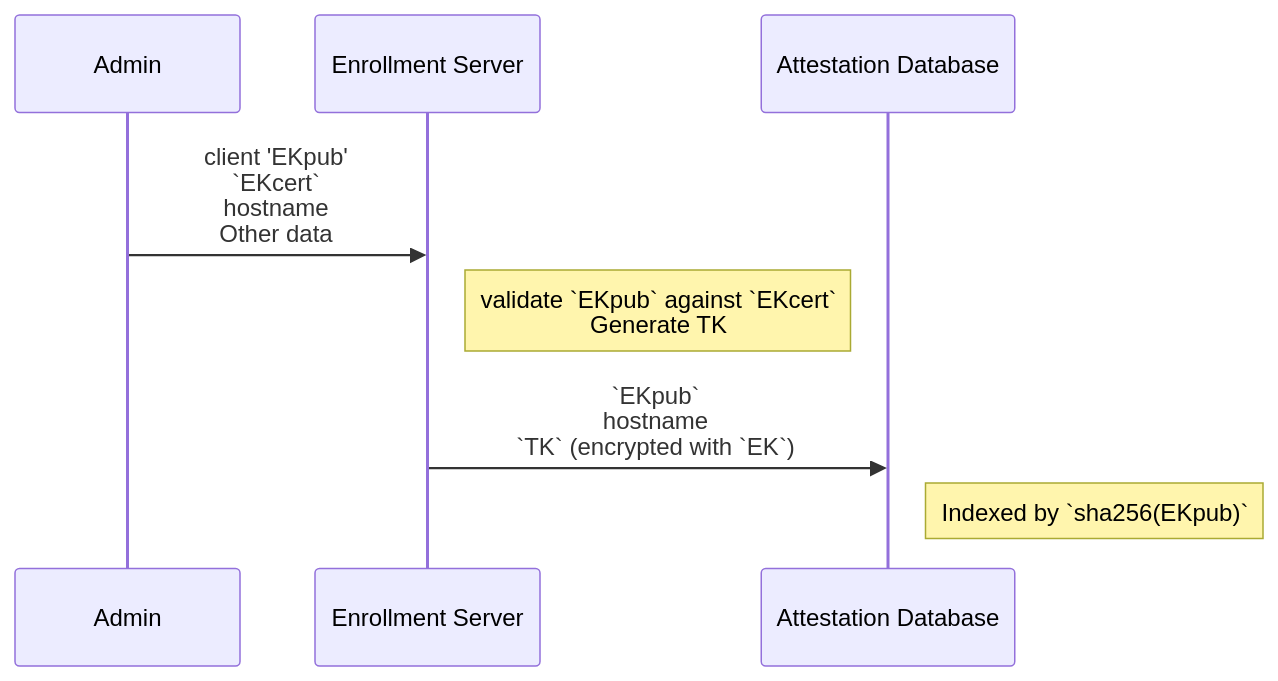
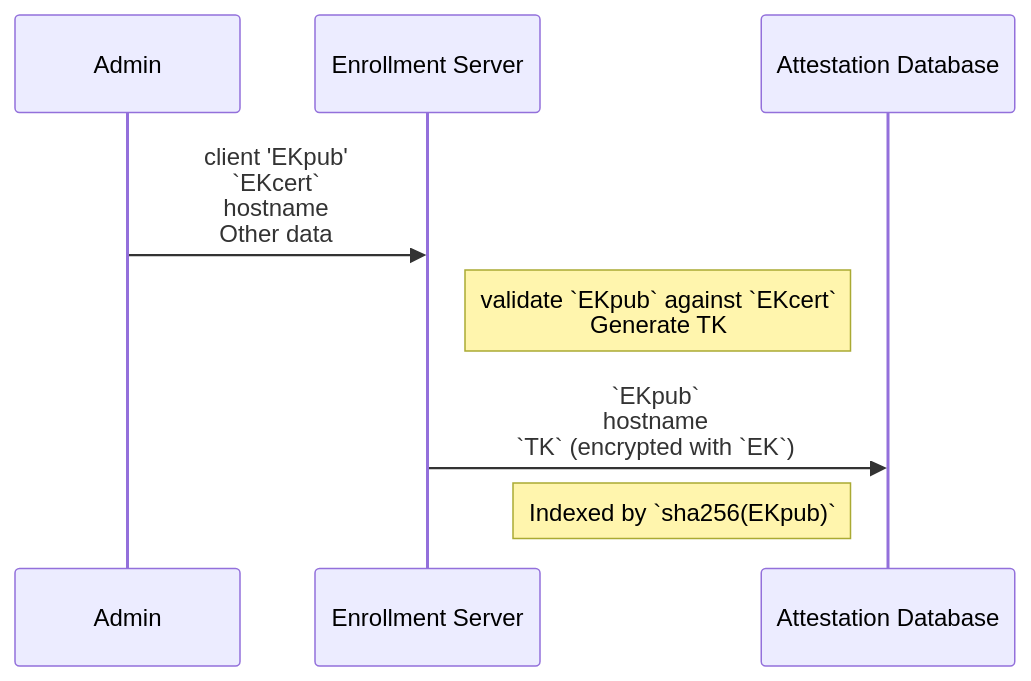
Before and after one commit to osresearch/safeboot: the second of 5 diagrams in docs/attestation.md, drawn with Mermaid. The commit also changed other lines of this file, not shown here.

Commit message:
docs/attestation: split big diagram into sub-diagrams

````diff
--- a/docs/attestation.md
+++ b/docs/attestation.md
@@ -123,10 +109,10 @@
 ```mermaid
 sequenceDiagram
     participant Admin
     participant Server as Enrollment Server
     participant DB as Attestation Database
     Admin->>Server: client 'EKpub'<br/> `EKcert`<br/> hostname<br/> Other data
     Note right of Server: validate `EKpub` against `EKcert`<br/> Generate TK
     Server->>DB: `EKpub`<br/> hostname<br/> `TK` (encrypted with `EK`)
-    Note right of DB: Indexed by `sha256(EKpub)`
+    Note left of DB: Indexed by `sha256(EKpub)`
 ```
````
